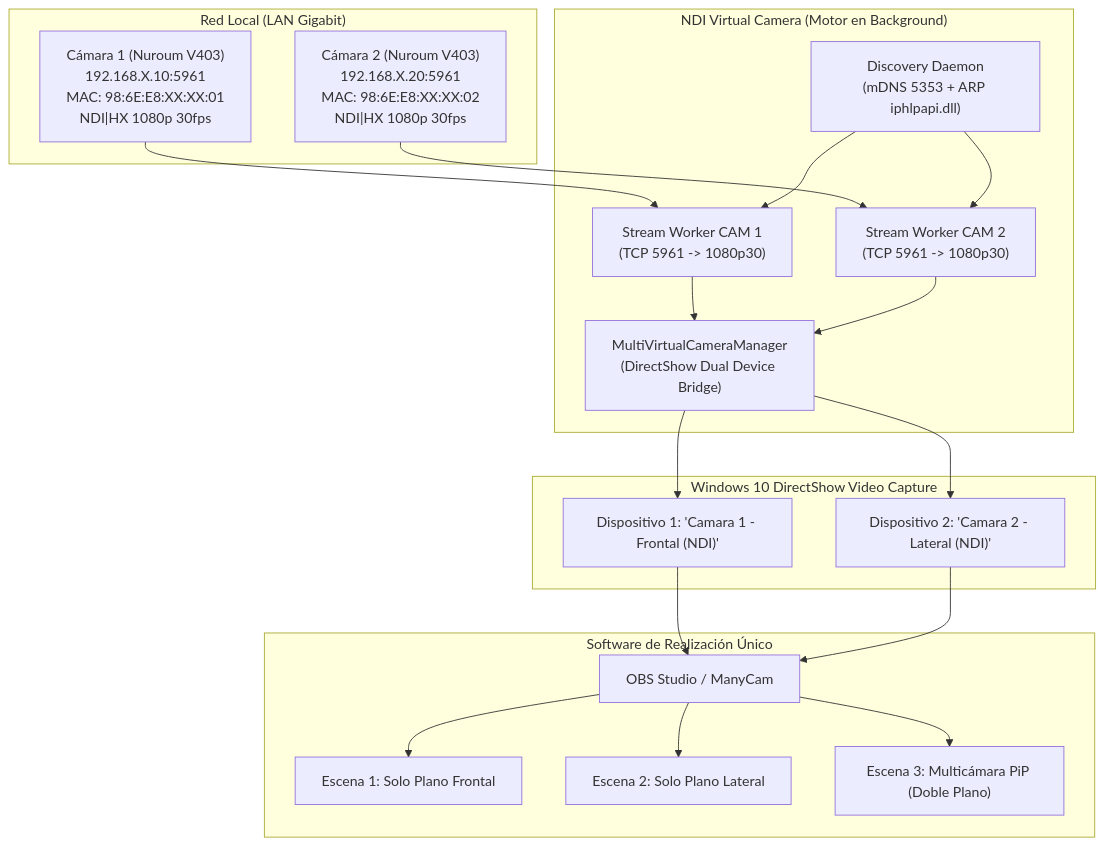
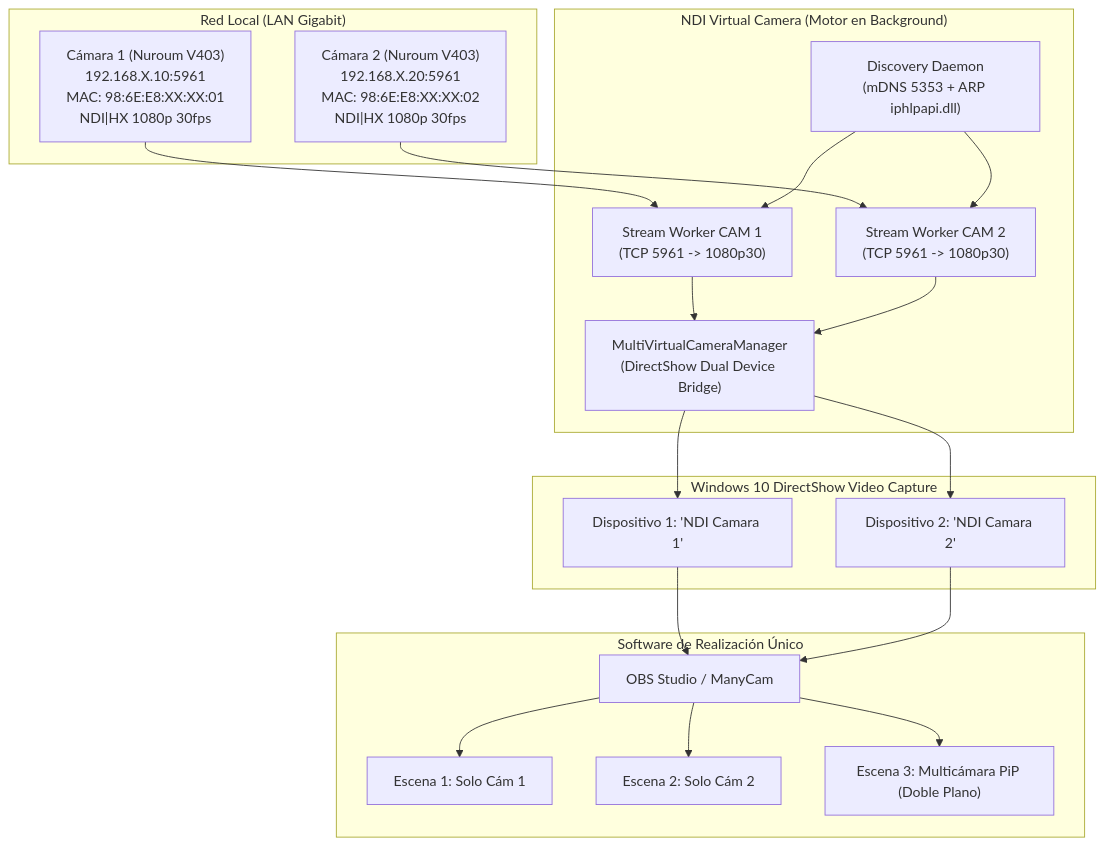
Before and after one commit to vgisbert/ndi-multicam-virtual-camera: the first of 3 diagrams in DOCUMENTACION.md, drawn with Mermaid. The commit also changed other lines of this file and 7 other files, not shown here.

````diff
--- a/DOCUMENTACION.md
+++ b/DOCUMENTACION.md
@@ -13,41 +13,41 @@
 ```mermaid
 flowchart TD
     subgraph LAN["Red Local (LAN Gigabit)"]
         Cam1["Cámara 1 (Nuroum V403)<br/>192.168.X.10:5961<br/>MAC: 98:6E:E8:XX:XX:01<br/>NDI|HX 1080p 30fps"]
         Cam2["Cámara 2 (Nuroum V403)<br/>192.168.X.20:5961<br/>MAC: 98:6E:E8:XX:XX:02<br/>NDI|HX 1080p 30fps"]
     end
 
 
     subgraph Core["NDI Virtual Camera (Motor en Background)"]
         Daemon["Discovery Daemon<br/>(mDNS 5353 + ARP iphlpapi.dll)"]
         Worker1["Stream Worker CAM 1<br/>(TCP 5961 -> 1080p30)"]
         Worker2["Stream Worker CAM 2<br/>(TCP 5961 -> 1080p30)"]
         MultiVCam["MultiVirtualCameraManager<br/>(DirectShow Dual Device Bridge)"]
     end
 
     subgraph DirectShow["Windows 10 DirectShow Video Capture"]
-        Dev1["Dispositivo 1: 'Camara 1 - Frontal (NDI)'"]
-        Dev2["Dispositivo 2: 'Camara 2 - Lateral (NDI)'"]
+        Dev1["Dispositivo 1: 'NDI Camara 1'"]
+        Dev2["Dispositivo 2: 'NDI Camara 2'"]
     end
 
     subgraph MasterApp["Software de Realización Único"]
         OBS["OBS Studio / ManyCam"]
-        Escena1["Escena 1: Solo Plano Frontal"]
-        Escena2["Escena 2: Solo Plano Lateral"]
+        Escena1["Escena 1: Solo Cám 1"]
+        Escena2["Escena 2: Solo Cám 2"]
         Escena3["Escena 3: Multicámara PiP (Doble Plano)"]
     end
 
     Cam1 --> Worker1
     Cam2 --> Worker2
     Daemon --> Worker1
     Daemon --> Worker2
     Worker1 --> MultiVCam
     Worker2 --> MultiVCam
     MultiVCam --> Dev1
     MultiVCam --> Dev2
     Dev1 --> OBS
     Dev2 --> OBS
     OBS --> Escena1
     OBS --> Escena2
     OBS --> Escena3
 ```
````
